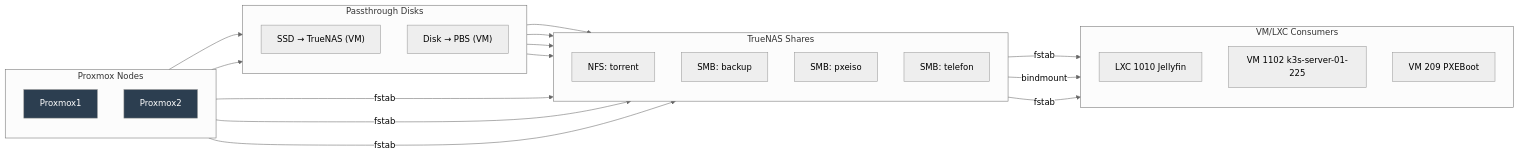
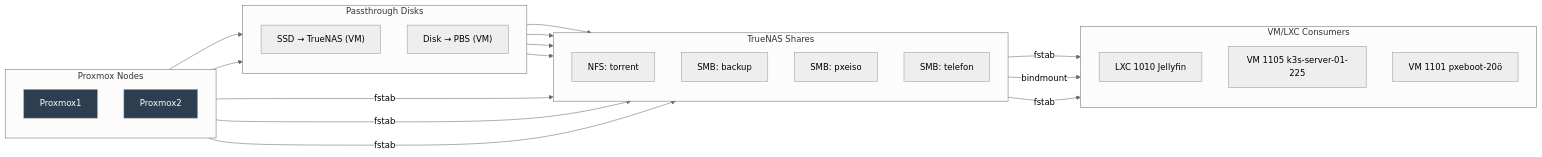
One commit to torokrolf/homelab changed the first of 2 diagrams in 13-Design_Decisions/README_HU.md. Above: the diagram before and after it, drawn with Mermaid (neutral theme).

````diff
--- a/13-Design_Decisions/README_HU.md
+++ b/13-Design_Decisions/README_HU.md
@@ -64,55 +64,55 @@
 ```mermaid
 flowchart LR
     linkStyle default interpolate basis
 
     %% PROXMOX LAYER
     subgraph PROXMOX["Proxmox Nodes"]
         direction TB
         PVE1["Proxmox1"]
         PVE2["Proxmox2"]
     end
 
     %% PASSTHROUGH LAYER
     subgraph STORAGE["Passthrough Disks"]
         direction TB
         SSD_TRUENAS["SSD → TrueNAS (VM)"]
         SSD_PBS["Disk → PBS (VM)"]
     end
 
     %% EXPORT LAYER
     subgraph EXPORTS["TrueNAS Shares"]
         direction TB
         NFS["NFS: torrent"]
         SMB1["SMB: backup"]
         SMB2["SMB: pxeiso"]
         SMB3["SMB: telefon"]
     end
 
     %% CONSUMERS
     subgraph CONSUMERS["VM/LXC Consumers"]
         direction TB
         JELLY["LXC 1010 Jellyfin"]
-        K3S["VM 1102 k3s-server-01-225"]
-        PXEVM["VM 209 PXEBoot"]
+        K3S["VM 1105 k3s-server-01-225"]
+        PXEVM["VM 1101 pxeboot-20ö"]
     end
 
     %% Connections
     PVE2 --> SSD_TRUENAS
     PVE2 --> SSD_PBS
 
     SSD_TRUENAS --> NFS
     SSD_TRUENAS --> SMB1
     SSD_TRUENAS --> SMB2
     SSD_TRUENAS --> SMB3
 
     PVE1 -->|fstab| NFS
     PVE1 -->|fstab| SMB1
     PVE1 -->|fstab| SMB2
 
     NFS -->|fstab| K3S
     NFS -->|bindmount| JELLY
     SMB2 -->|fstab| PXEVM
 
     classDef pve fill:#2c3e50,color:#fff;
     class PVE1,PVE2 pve;
 ```
````
